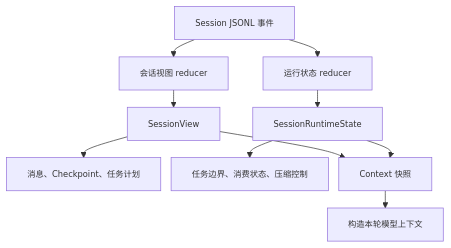
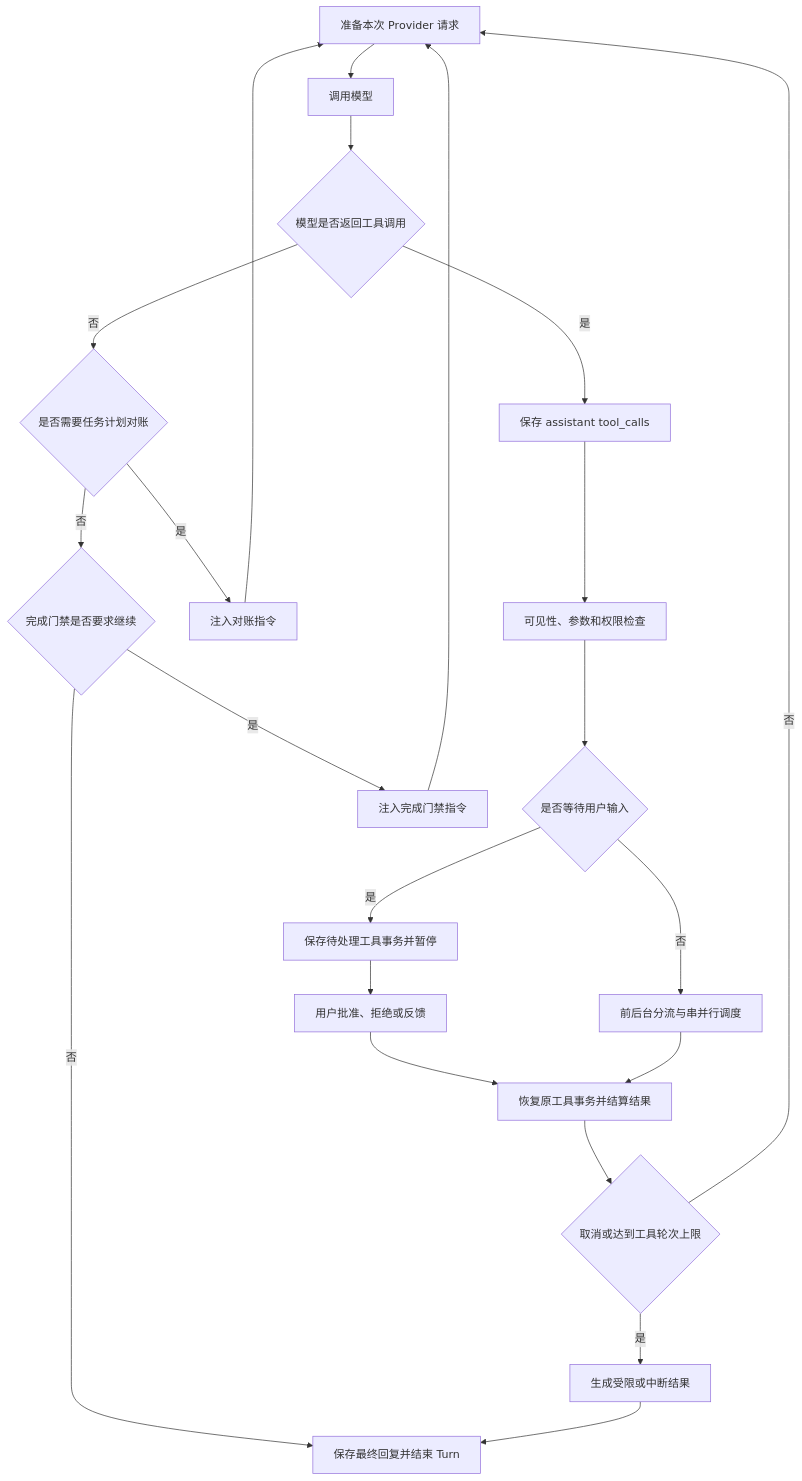
The first of 4 diagrams in deep_learn/coding_agent/coding agent的八股.md (qiaoshangde/notebook), drawn with Mermaid before and after one commit. The commit also changed other lines of this file and 4 other files, not shown here.

````diff
--- a/deep_learn/coding_agent/coding agent的八股.md
+++ b/deep_learn/coding_agent/coding agent的八股.md
@@ -81,16 +124,24 @@
 ```mermaid
-%%{init: { 
-  'flowchart': { 'nodeSpacing': 15, 'rankSpacing': 25 },
-  'themeVariables': { 'fontSize': '12px' } 
-} }%%
 flowchart TD
-    A[Session JSONL 事件] --> B[会话视图 reducer]
-    A --> C[运行状态 reducer]
-    B --> D[SessionView]
-    C --> E[SessionRuntimeState]
-    D --> F[消息、Checkpoint、任务计划]
-    E --> G[任务边界、消费状态、压缩控制]
-    D --> H[Context 快照]
-    E --> H
-    H --> I[构造本轮模型上下文]
+    A[准备本次 Provider 请求] --> B[调用模型]
+    B --> C{模型是否返回工具调用}
+    C -- 是 --> D[保存 assistant tool_calls]
+    D --> E[可见性、参数和权限检查]
+    E --> F{是否等待用户输入}
+    F -- 是 --> G[保存待处理工具事务并暂停]
+    G --> H[用户批准、拒绝或反馈]
+    H --> I[恢复原工具事务并结算结果]
+    F -- 否 --> J[前后台分流与串并行调度]
+    J --> I
+    I --> K{取消或达到工具轮次上限}
+    K -- 否 --> A
+    K -- 是 --> L[生成受限或中断结果]
+    C -- 否 --> M{是否需要任务计划对账}
+    M -- 是 --> N[注入对账指令]
+    N --> A
+    M -- 否 --> O{完成门禁是否要求继续}
+    O -- 是 --> P[注入完成门禁指令]
+    P --> A
+    O -- 否 --> Q[保存最终回复并结束 Turn]
+    L --> Q
 ```
````
